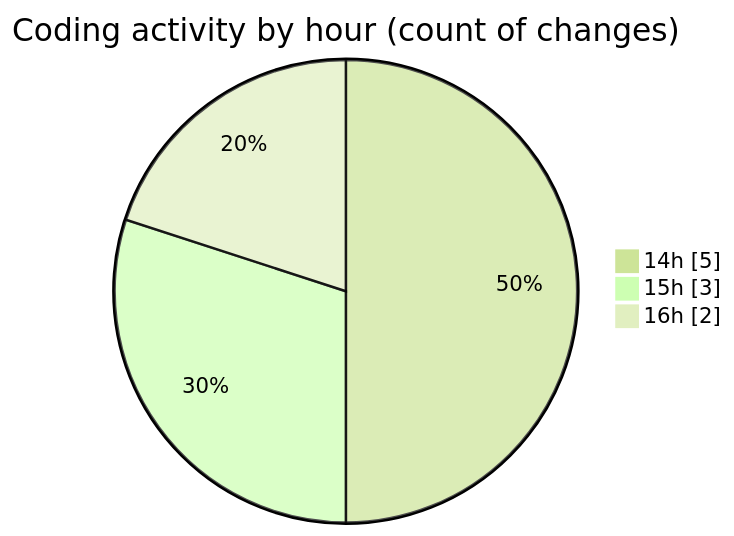
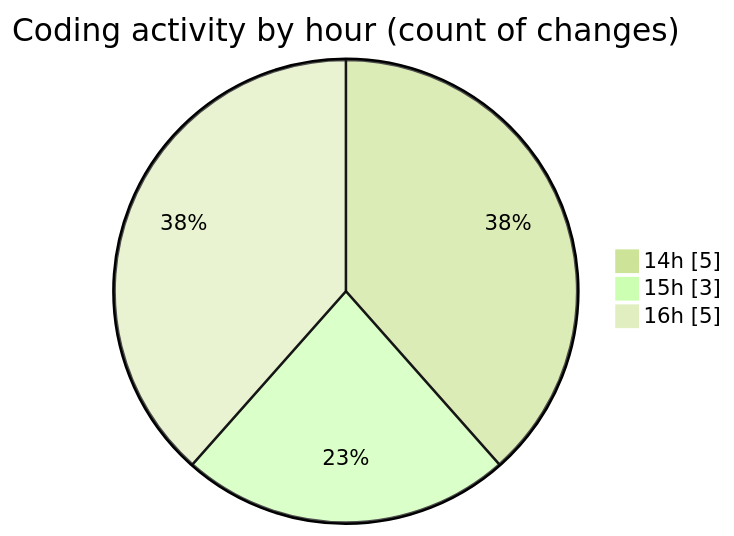
One commit to ricardozamudiocil/code-tracking changed the second of 2 diagrams in 2026-08-27/cilreports__workspace_/README.md. Above: the diagram before and after it, drawn with Mermaid (forest theme). The commit also changed other lines of this file and 1 other file, not shown here.

````diff
--- a/2026-08-27/cilreports__workspace_/README.md
+++ b/2026-08-27/cilreports__workspace_/README.md
@@ -32,7 +32,7 @@
 ```mermaid
 pie showData
 title Coding activity by hour (count of changes)
 "14h" : 5
 "15h" : 3
-"16h" : 2
+"16h" : 5
 ```
````
